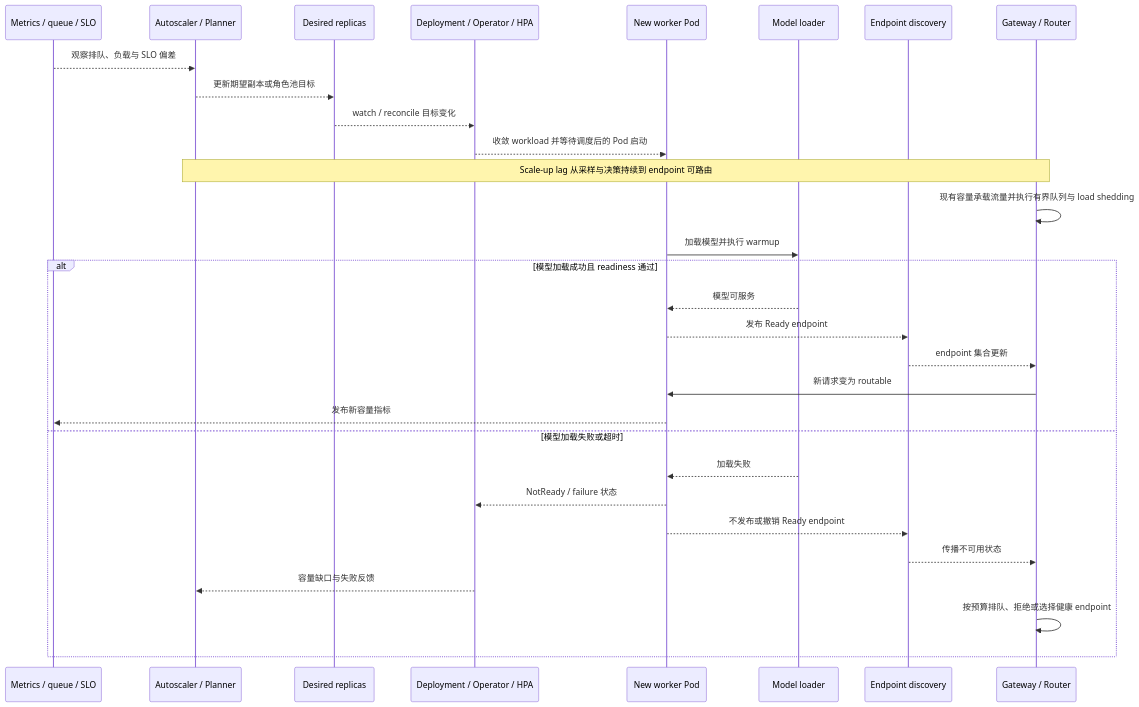
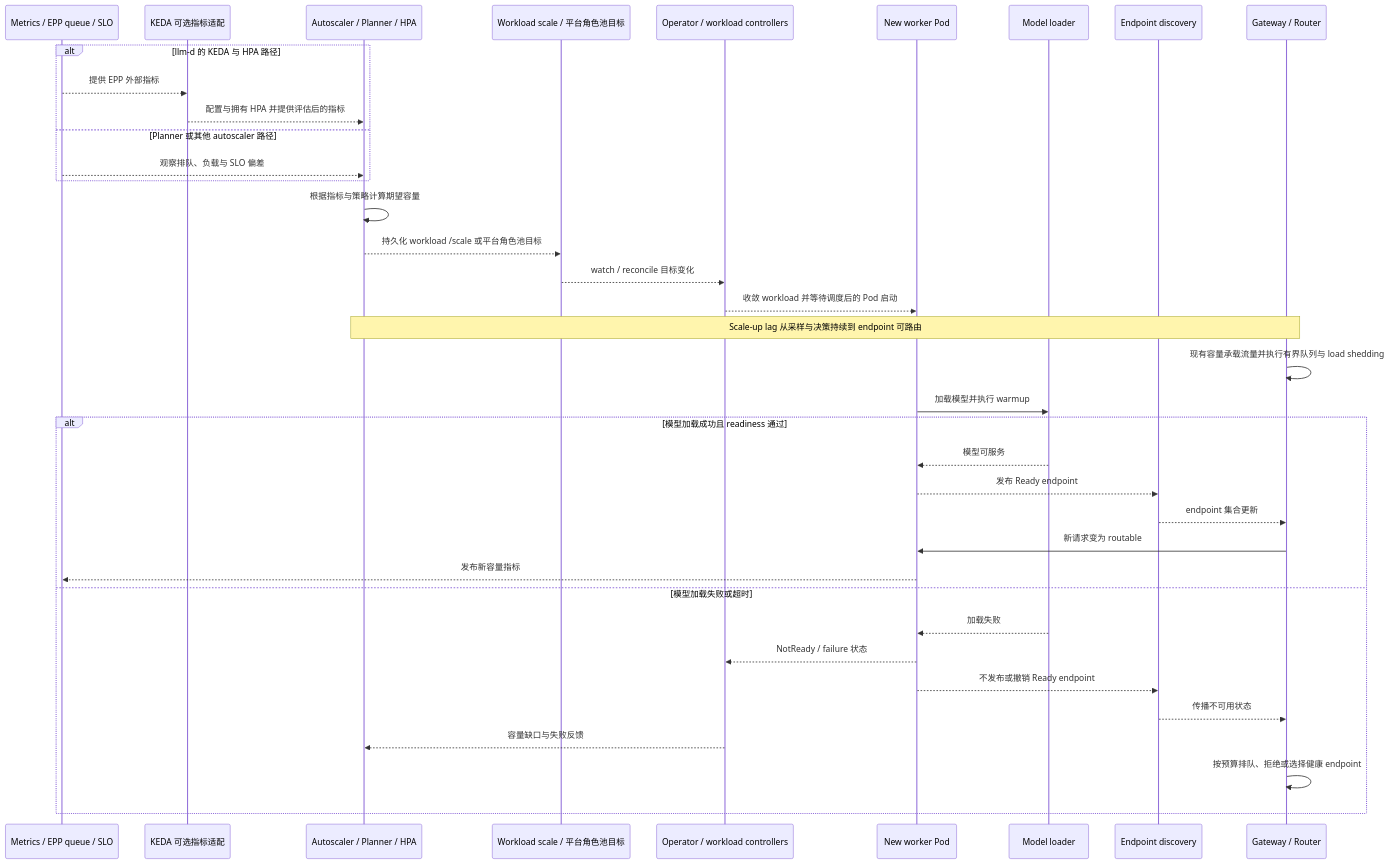
Before and after one commit to googs1025/llm-wiki: the second of 2 diagrams in wiki/analysis/llm-inference-serving-project-map.md, drawn with Mermaid. The commit also changed other lines of this file, not shown here.

````diff
--- a/wiki/analysis/llm-inference-serving-project-map.md
+++ b/wiki/analysis/llm-inference-serving-project-map.md
@@ -98,32 +99,39 @@
 ```mermaid
 sequenceDiagram
-    participant M as Metrics / queue / SLO
-    participant D as Autoscaler / Planner
-    participant A as Desired replicas
-    participant C as Deployment / Operator / HPA
+    participant M as Metrics / EPP queue / SLO
+    participant K as KEDA 可选指标适配
+    participant D as Autoscaler / Planner / HPA
+    participant A as Workload scale / 平台角色池目标
+    participant C as Operator / workload controllers
     participant P as New worker Pod
     participant L as Model loader
     participant E as Endpoint discovery
     participant R as Gateway / Router
-    M-->>D: 观察排队、负载与 SLO 偏差
-    D-->>A: 更新期望副本或角色池目标
+    alt llm-d 的 KEDA 与 HPA 路径
+        M-->>K: 提供 EPP 外部指标
+        K-->>D: 配置与拥有 HPA 并提供评估后的指标
+    else Planner 或其他 autoscaler 路径
+        M-->>D: 观察排队、负载与 SLO 偏差
+    end
+    D->>D: 根据指标与策略计算期望容量
+    D-->>A: 持久化 workload /scale 或平台角色池目标
     A-->>C: watch / reconcile 目标变化
     C-->>P: 收敛 workload 并等待调度后的 Pod 启动
     Note over D,R: Scale-up lag 从采样与决策持续到 endpoint 可路由
     R->>R: 现有容量承载流量并执行有界队列与 load shedding
     P->>L: 加载模型并执行 warmup
     alt 模型加载成功且 readiness 通过
         L-->>P: 模型可服务
         P-->>E: 发布 Ready endpoint
         E-->>R: endpoint 集合更新
         R->>P: 新请求变为 routable
         P-->>M: 发布新容量指标
     else 模型加载失败或超时
         L-->>P: 加载失败
         P-->>C: NotReady / failure 状态
         P-->>E: 不发布或撤销 Ready endpoint
         E-->>R: 传播不可用状态
         C-->>D: 容量缺口与失败反馈
         R->>R: 按预算排队、拒绝或选择健康 endpoint
     end
 ```
````
